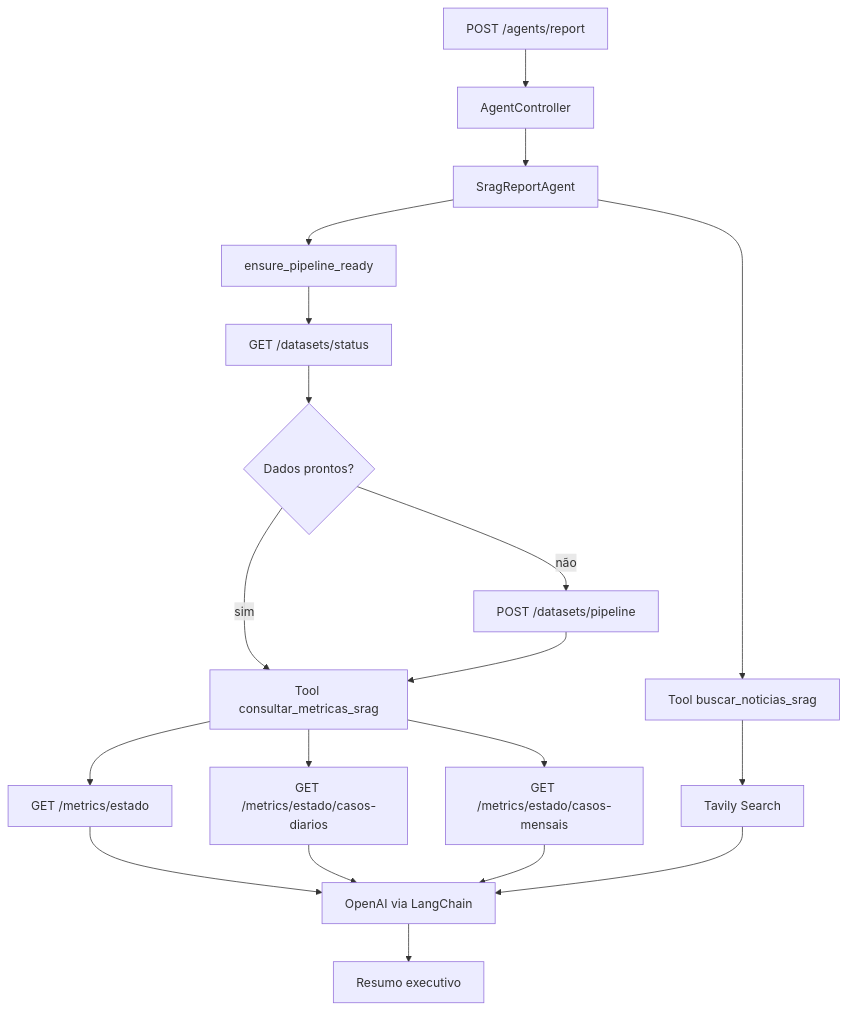
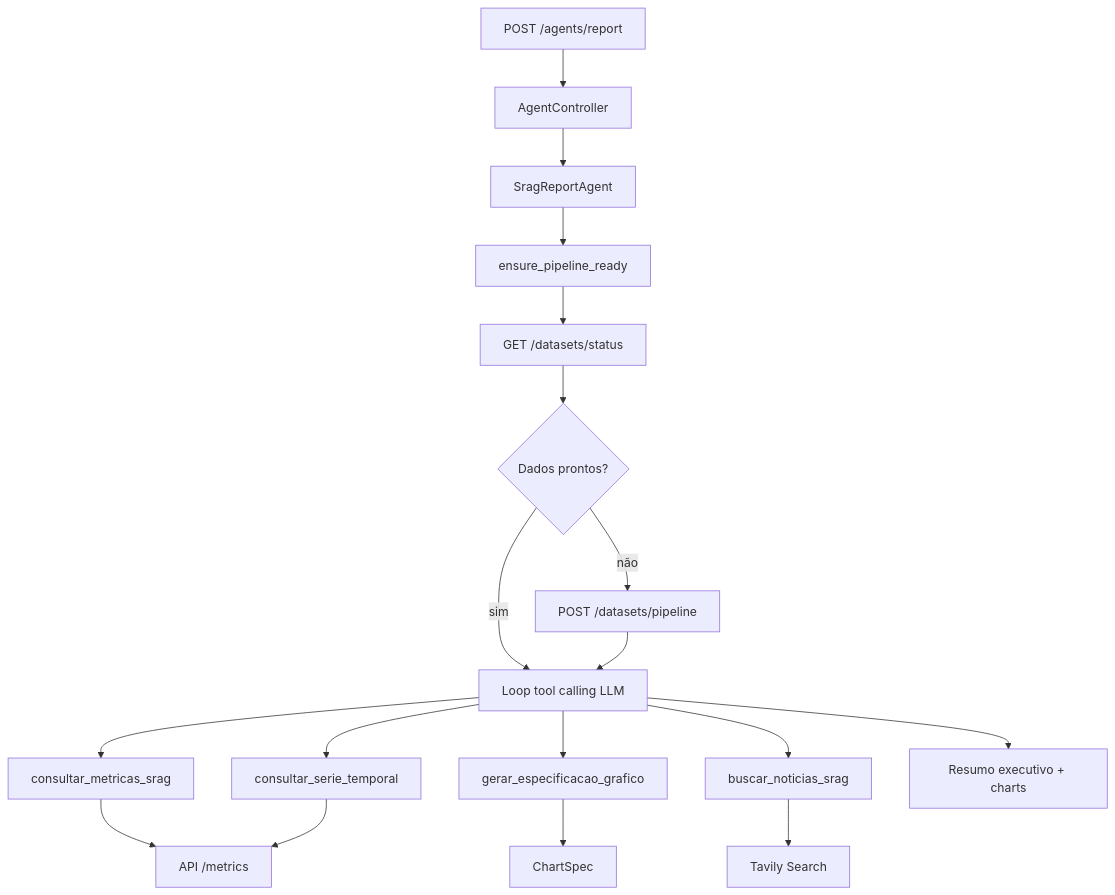
Before and after one commit to johnwsl/srag-data-health-agent-monitor: the diagram in docs/agente_orquestrador.md, drawn with Mermaid. The commit also changed other lines of this file and 33 other files, not shown here.

````diff
--- a/docs/agente_orquestrador.md
+++ b/docs/agente_orquestrador.md
@@ -63,21 +67,20 @@
 ```mermaid
 flowchart TD
     A[POST /agents/report] --> B[AgentController]
     B --> C[SragReportAgent]
     C --> D[ensure_pipeline_ready]
     D --> E[GET /datasets/status]
     E --> F{Dados prontos?}
     F -- não --> G[POST /datasets/pipeline]
-    F -- sim --> H[Tool consultar_metricas_srag]
+    F -- sim --> H[Loop tool calling LLM]
     G --> H
-    H --> I[GET /metrics/estado]
-    H --> J[GET /metrics/estado/casos-diarios]
-    H --> K[GET /metrics/estado/casos-mensais]
-    C --> L[Tool buscar_noticias_srag]
-    L --> M[Tavily Search]
-    I --> N[OpenAI via LangChain]
-    J --> N
-    K --> N
-    M --> N
-    N --> O[Resumo executivo]
+    H --> I[consultar_metricas_srag]
+    H --> J[consultar_serie_temporal]
+    H --> K[gerar_especificacao_grafico]
+    H --> L[buscar_noticias_srag]
+    I --> M[API /metrics]
+    J --> M
+    K --> N[ChartSpec]
+    L --> O[Tavily Search]
+    H --> P[Resumo executivo + charts]
 ```
````
